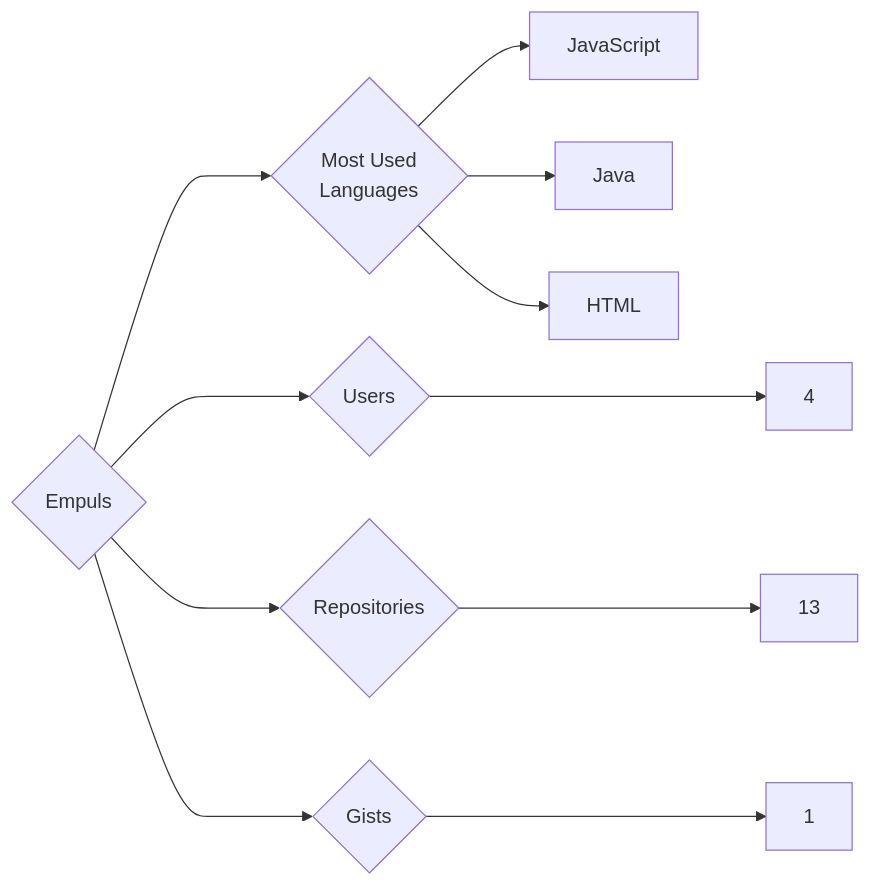
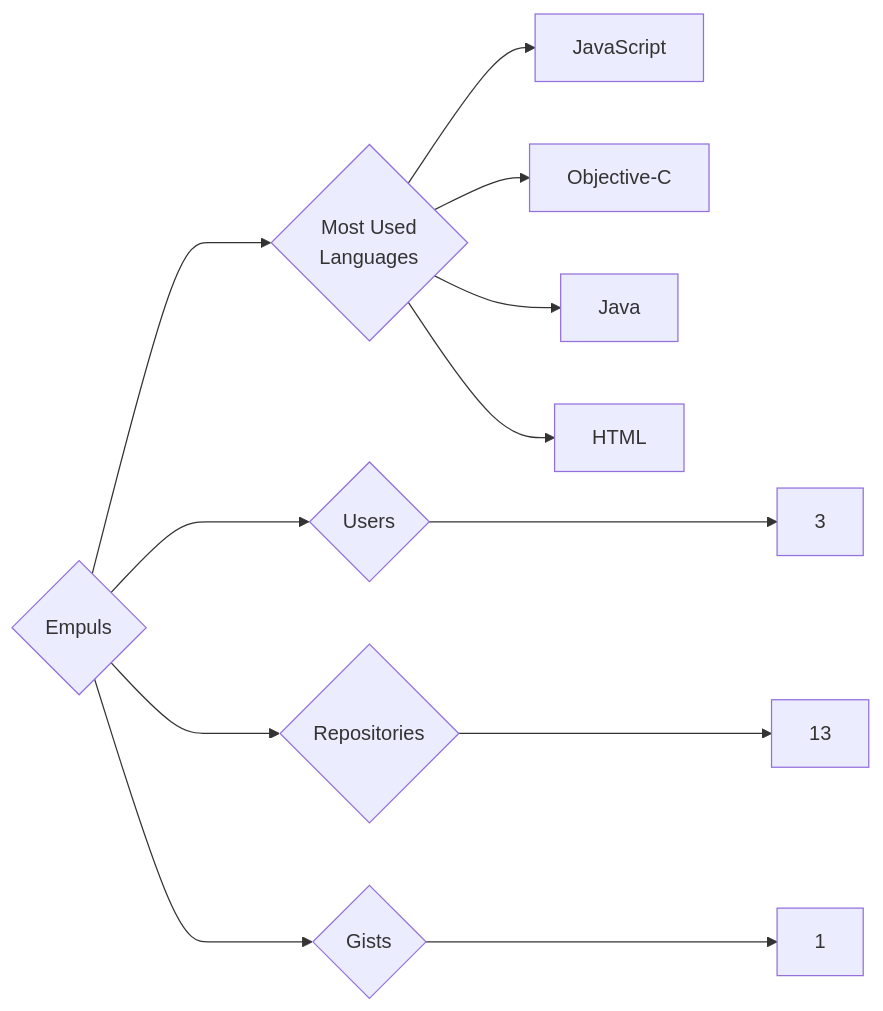
Before and after one commit to trickest/insiders: the diagram in targets/Empuls/README.md, drawn with Mermaid. The commit also changed 1078 other files, not shown here.

````diff
--- a/targets/Empuls/README.md
+++ b/targets/Empuls/README.md
@@ -3,11 +3,12 @@
 ```mermaid
 graph LR
 COMPANY_NAME{Empuls}
-COMPANY_NAME ---> U{Users} ---> UN[4]
+COMPANY_NAME ---> U{Users} ---> UN[3]
 COMPANY_NAME ---> R{Repositories} ---> RN[13]
 COMPANY_NAME ---> G{Gists} ---> GN[1]
 COMPANY_NAME ---> ML{Most Used<br>Languages}
 ML --> JavaScript[JavaScript]
+ML --> Objective-C[Objective-C]
 ML --> Java[Java]
 ML --> HTML[HTML]
 ```
````
